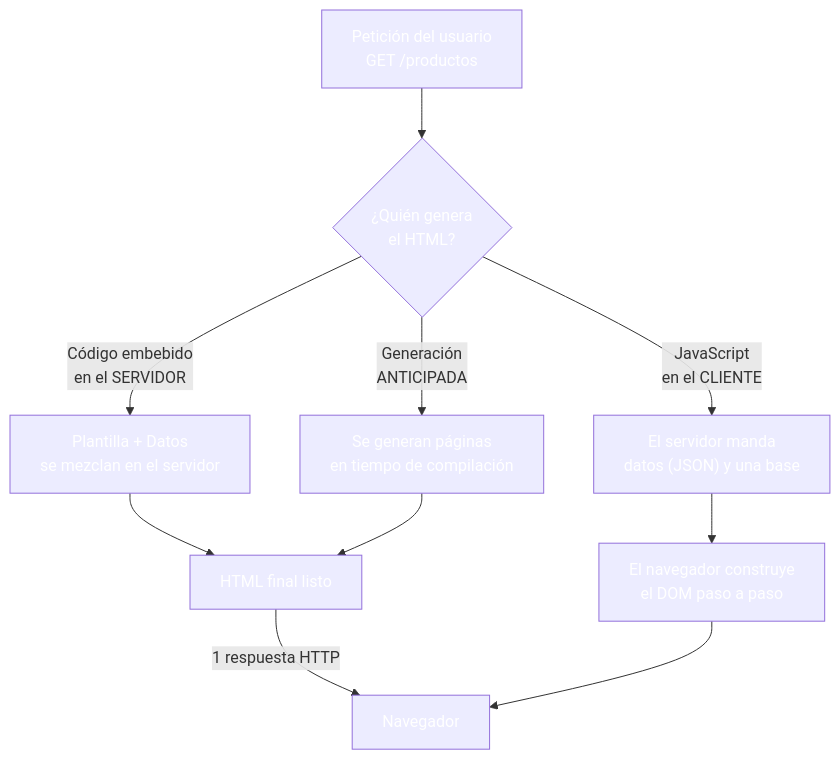
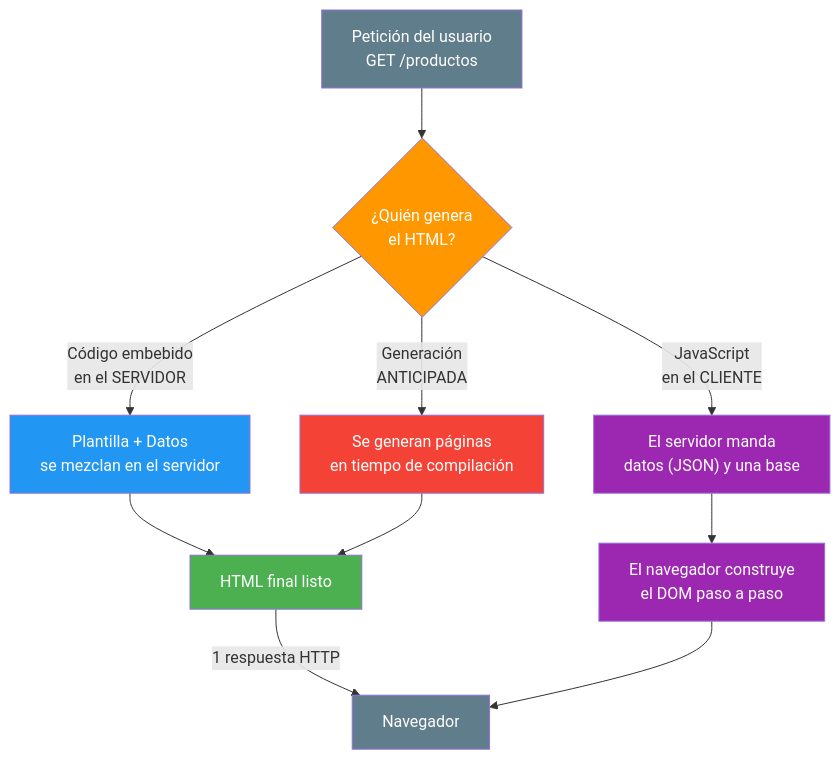
One commit to joseluisgs/DesarrolloWebEntornosServidor-03-2026-2027 changed the first of 7 diagrams in 01-razor-fundamentos.md. Above: the diagram before and after it, drawn with Mermaid. The commit also changed other lines of this file and 25 other files, not shown here.

Commit message:
docs: corregir los estilos Mermaid de los temas y alinear el dominio del tema 25 con ProductosApp

````diff
--- a/01-razor-fundamentos.md
+++ b/01-razor-fundamentos.md
@@ -83,24 +83,24 @@
 ```mermaid
 graph TD
     A["Petición del usuario<br/>GET /productos"] --> B{"¿Quién genera<br/>el HTML?"}
 
     B -->|"Código embebido<br/>en el SERVIDOR"| C["Plantilla + Datos<br/>se mezclan en el servidor"]
     C --> D["HTML final listo"]
     D -->|"1 respuesta HTTP"| E["Navegador"]
 
     B -->|"JavaScript<br/>en el CLIENTE"| F["El servidor manda<br/>datos (JSON) y una base"]
     F --> G["El navegador construye<br/>el DOM paso a paso"]
     G --> E
 
     B -->|"Generación<br/>ANTICIPADA"| H["Se generan páginas<br/>en tiempo de compilación"]
     H --> D
 
-    style A fill:#607D8,color:#fffB,color:#fff
-    style B fill:#FF980,color:#fff0,color:#fff
-    style C fill:#2196F,color:#fff3,color:#fff
-    style D fill:#4CAF5,color:#fff0,color:#fff
-    style E fill:#607D8,color:#fffB,color:#fff
-    style F fill:#9C27B,color:#fff0,color:#fff
-    style G fill:#9C27B,color:#fff0,color:#fff
-    style H fill:#f4433,color:#fff6,color:#fff
+    style A fill:#607D8B,color:#fff
+    style B fill:#FF9800,color:#fff
+    style C fill:#2196F3,color:#fff
+    style D fill:#4CAF50,color:#fff
+    style E fill:#607D8B,color:#fff
+    style F fill:#9C27B0,color:#fff
+    style G fill:#9C27B0,color:#fff
+    style H fill:#f44336,color:#fff
 ```
````
